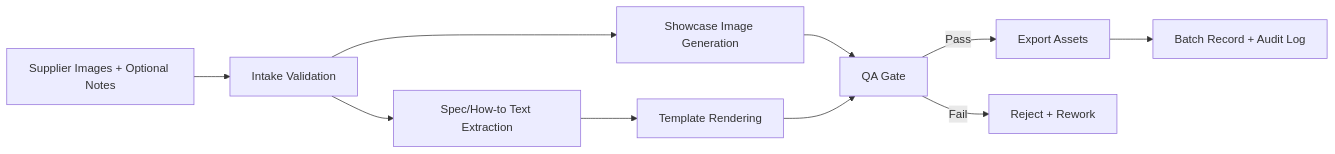
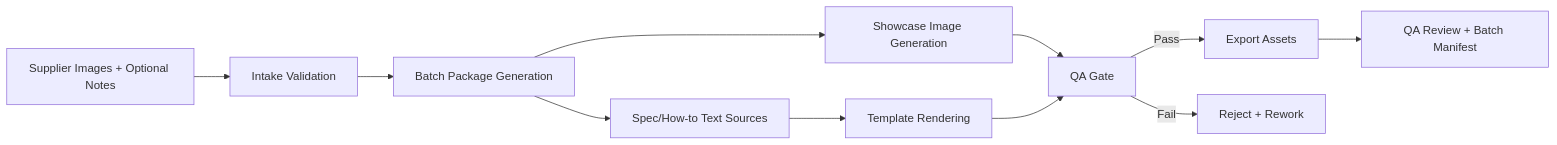
The diagram in docs/en/workflow.md (tytsxai/ecommerce-product-image-workflow), drawn with Mermaid before and after one commit. The commit also changed other lines of this file and 50 other files, not shown here.

````diff
--- a/docs/en/workflow.md
+++ b/docs/en/workflow.md
@@ -3,12 +3,13 @@
 ```mermaid
 flowchart LR
     A[Supplier Images + Optional Notes] --> B[Intake Validation]
-    B --> C[Showcase Image Generation]
-    B --> D[Spec/How-to Text Extraction]
-    D --> E[Template Rendering]
-    C --> F[QA Gate]
-    E --> F
-    F -->|Pass| G[Export Assets]
-    F -->|Fail| H[Reject + Rework]
-    G --> I[Batch Record + Audit Log]
+    B --> C[Batch Package Generation]
+    C --> D[Showcase Image Generation]
+    C --> E[Spec/How-to Text Sources]
+    E --> F[Template Rendering]
+    D --> G[QA Gate]
+    F --> G
+    G -->|Pass| H[Export Assets]
+    G -->|Fail| I[Reject + Rework]
+    H --> J[QA Review + Batch Manifest]
 ```
````
